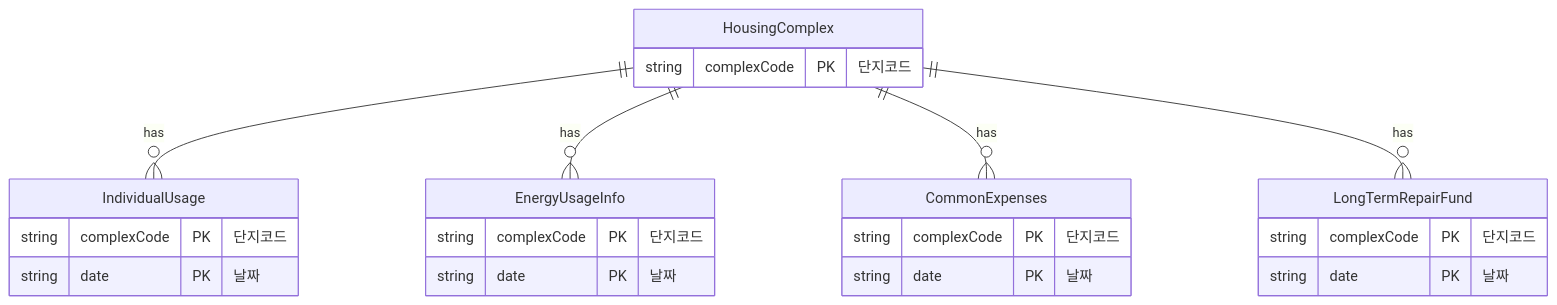
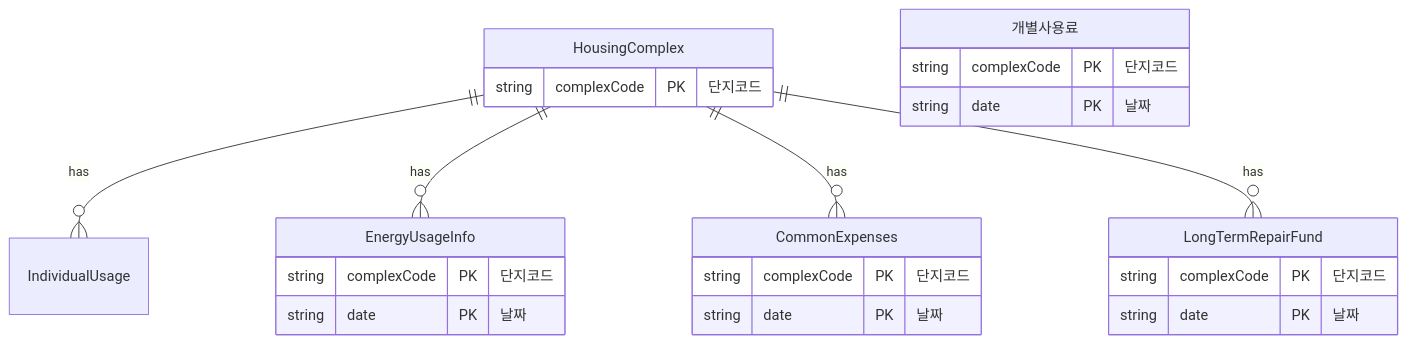
Before and after one commit to cheolwo/API-Service-for-Apartment-Houses-in-Korea: the second of 2 diagrams in README.md, drawn with Mermaid.

````diff
--- a/README.md
+++ b/README.md
@@ -76,28 +76,28 @@
 ```mermaid
 erDiagram
     HousingComplex ||--o{ IndividualUsage : has
     HousingComplex ||--o{ EnergyUsageInfo : has
     HousingComplex ||--o{ CommonExpenses : has
     HousingComplex ||--o{ LongTermRepairFund : has
 
-    IndividualUsage {
+    개별사용료 {
         string complexCode PK "단지코드"
         string date PK "날짜"
     }
     EnergyUsageInfo {
         string complexCode PK "단지코드"
         string date PK "날짜"
     }
     CommonExpenses {
         string complexCode PK "단지코드"
         string date PK "날짜"
     }
     LongTermRepairFund {
         string complexCode PK "단지코드"
         string date PK "날짜"
     }
     HousingComplex {
         string complexCode PK "단지코드"
     }
 
 ```
````
